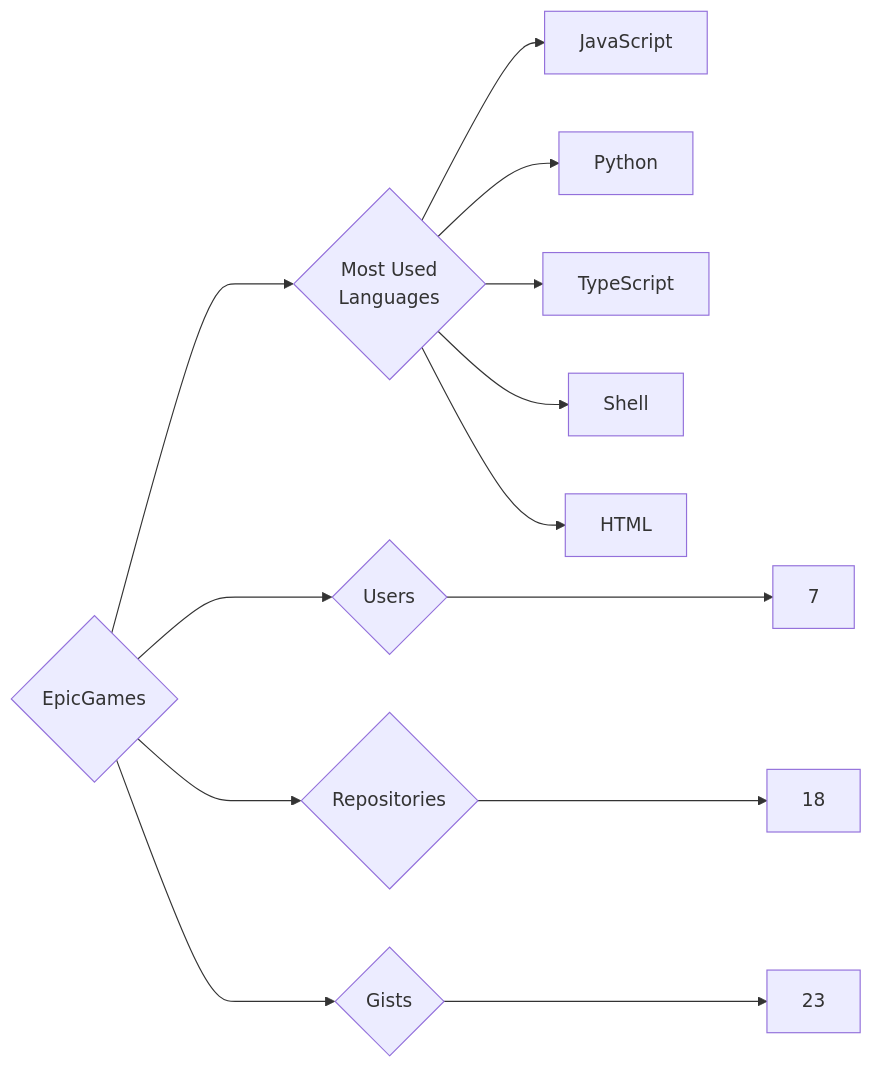
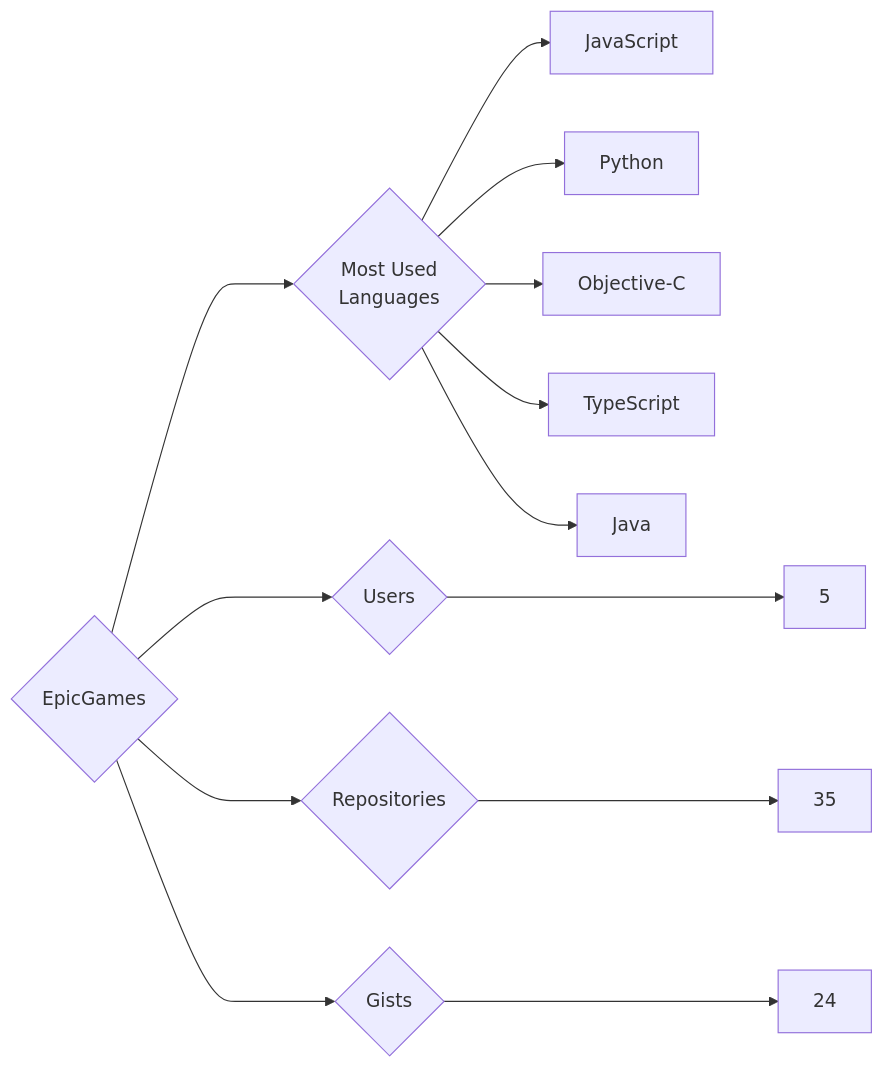
The diagram in targets/EpicGames/README.md (trickest/insiders), drawn with Mermaid before and after one commit. The commit also changed 997 other files, not shown here.

````diff
--- a/targets/EpicGames/README.md
+++ b/targets/EpicGames/README.md
@@ -3,13 +3,13 @@
 ```mermaid
 graph LR
 COMPANY_NAME{EpicGames}
-COMPANY_NAME ---> U{Users} ---> UN[7]
-COMPANY_NAME ---> R{Repositories} ---> RN[18]
-COMPANY_NAME ---> G{Gists} ---> GN[23]
+COMPANY_NAME ---> U{Users} ---> UN[5]
+COMPANY_NAME ---> R{Repositories} ---> RN[35]
+COMPANY_NAME ---> G{Gists} ---> GN[24]
 COMPANY_NAME ---> ML{Most Used<br>Languages}
 ML --> JavaScript[JavaScript]
 ML --> Python[Python]
+ML --> Objective-C[Objective-C]
 ML --> TypeScript[TypeScript]
-ML --> Shell[Shell]
-ML --> HTML[HTML]
+ML --> Java[Java]
 ```
````
